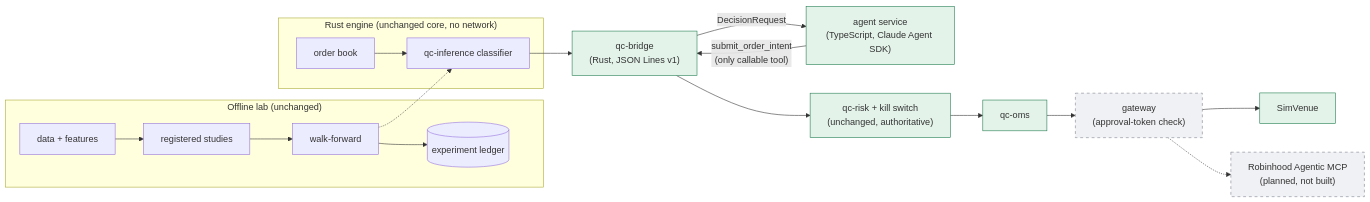
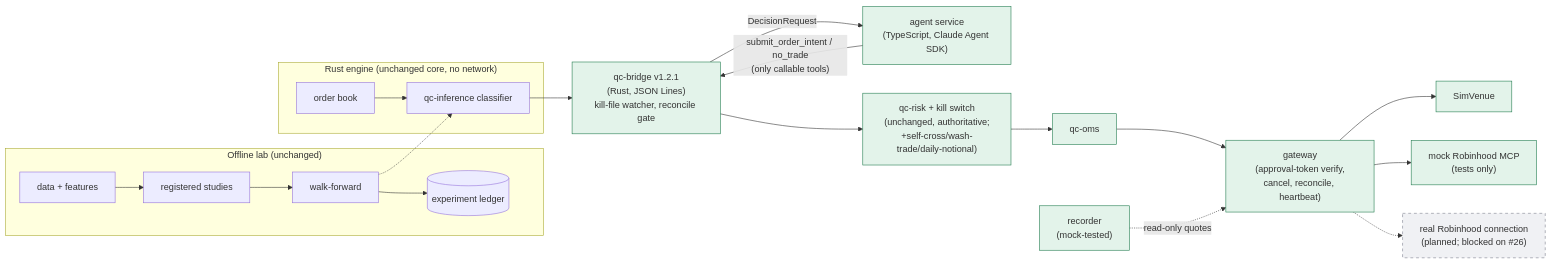
Before and after one commit to SatyamDave/fall_forward_labs: the second of 2 diagrams in docs/ARCHITECTURE.md, drawn with Mermaid. The commit also changed other lines of this file and 6 other files, not shown here.

First line of the commit message:
docs: bring README, ARCHITECTURE, ROADMAP, NOW, TEAM and the guide up to main

````diff
--- a/docs/ARCHITECTURE.md
+++ b/docs/ARCHITECTURE.md
@@ -118,22 +125,24 @@
 ```mermaid
 flowchart LR
   subgraph lab["Offline lab (unchanged)"]
     data[data + features] --> studies[registered studies] --> wf2[walk-forward] --> ledger1[(experiment ledger)]
   end
   subgraph rustengine["Rust engine (unchanged core, no network)"]
     book2[order book] --> classifier[qc-inference classifier]
   end
-  classifier --> bridge["qc-bridge<br/>(Rust, JSON Lines v1)"]
+  classifier --> bridge["qc-bridge v1.2.1<br/>(Rust, JSON Lines)<br/>kill-file watcher, reconcile gate"]
   bridge -- DecisionRequest --> agentsvc["agent service<br/>(TypeScript, Claude Agent SDK)"]
-  agentsvc -- "submit_order_intent<br/>(only callable tool)" --> bridge
-  bridge --> risk["qc-risk + kill switch<br/>(unchanged, authoritative)"]
+  agentsvc -- "submit_order_intent / no_trade<br/>(only callable tools)" --> bridge
+  bridge --> risk["qc-risk + kill switch<br/>(unchanged, authoritative;<br/>+self-cross/wash-trade/daily-notional)"]
   risk --> oms2[qc-oms]
-  oms2 --> gateway["gateway<br/>(approval-token check)"]
+  oms2 --> gateway["gateway<br/>(approval-token verify,<br/>cancel, reconcile, heartbeat)"]:::built
   gateway --> simvenue[SimVenue]:::built
-  gateway -.-> rhmcp["Robinhood Agentic MCP<br/>(planned, not built)"]:::planned
+  gateway --> mockrh["mock Robinhood MCP<br/>(tests only)"]:::built
+  gateway -.-> rhmcp["real Robinhood connection<br/>(planned; blocked on #26)"]:::planned
+  recorder["recorder<br/>(mock-tested)"]:::built -. read-only quotes .-> gateway
   wf2 -.-> classifier
   classDef built fill:#e3f3ea,stroke:#1f7a4d
   classDef planned stroke-dasharray: 5 5,fill:#f0f1f4,stroke:#7a7f8c
   class bridge,agentsvc,risk,oms2 built
-  class gateway,rhmcp planned
+  class rhmcp planned
 ```
````
